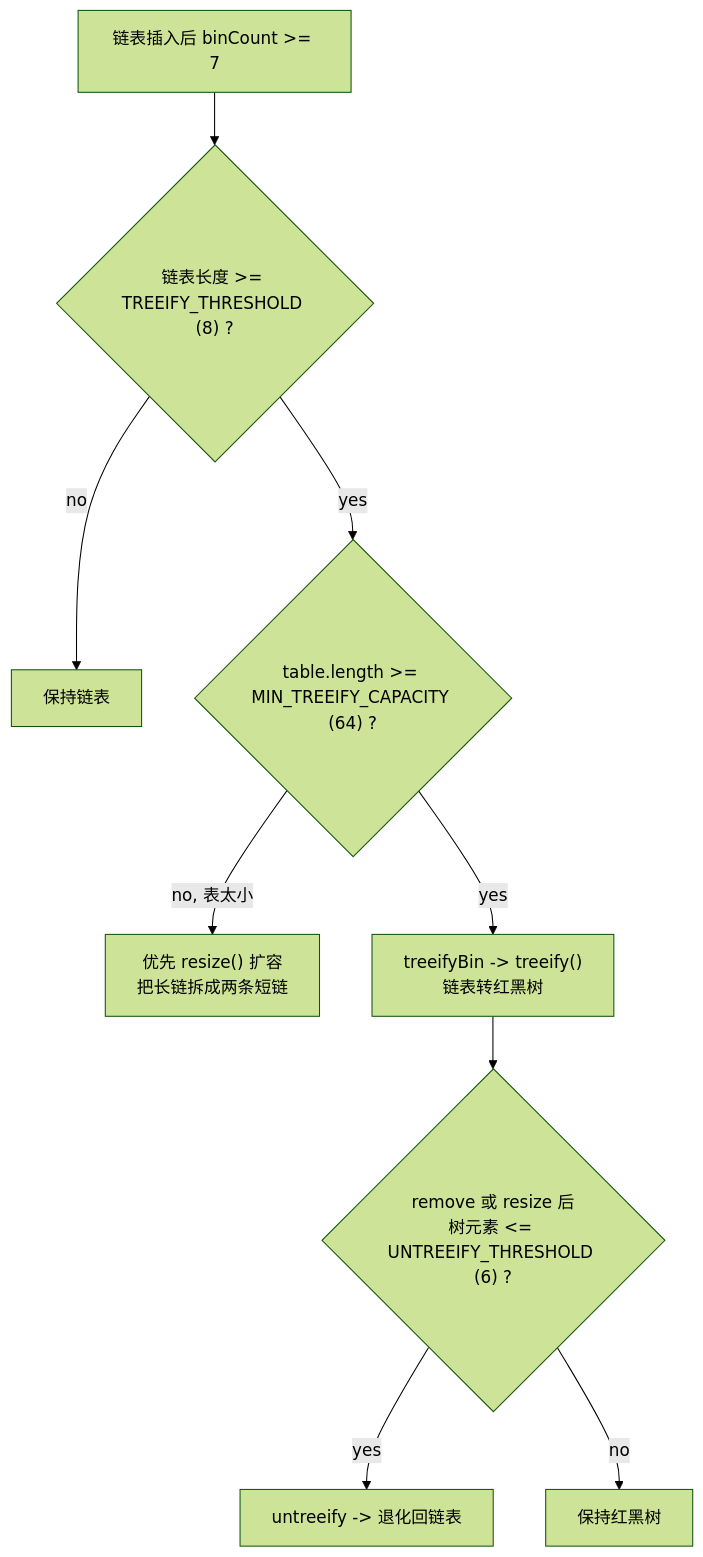
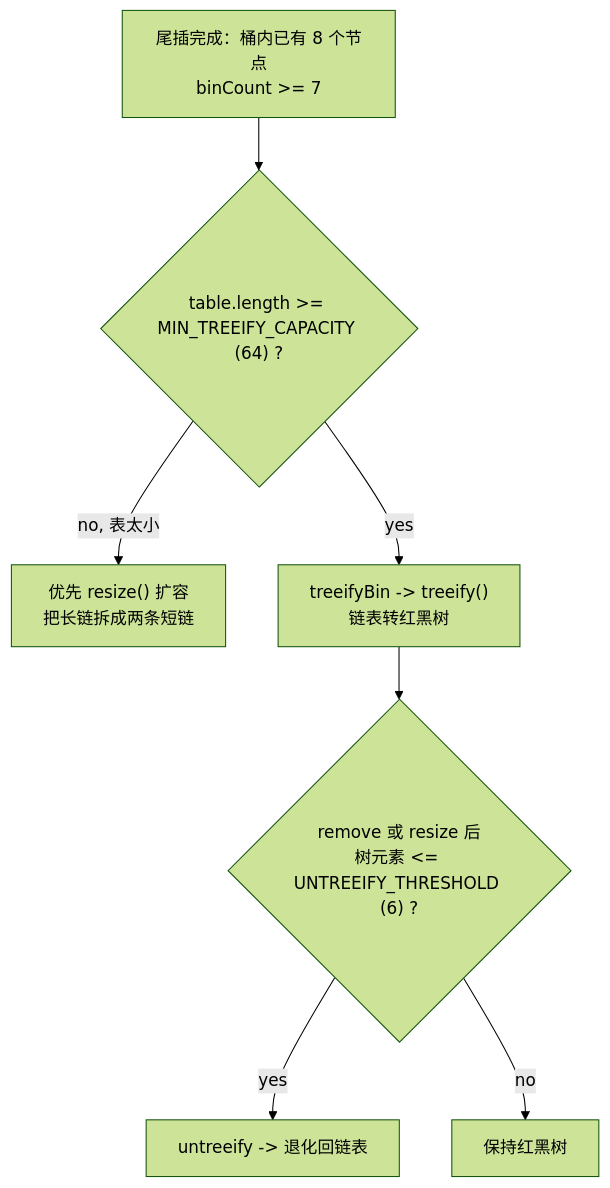
The fourth of 4 diagrams in notebook/java-core/java-core-hashmap.md (fanyajun186/java-interview-prep), drawn with Mermaid (forest theme) before and after one commit. The commit also changed other lines of this file and 32 other files, not shown here.

````diff
--- a/notebook/java-core/java-core-hashmap.md
+++ b/notebook/java-core/java-core-hashmap.md
@@ -358,11 +432,9 @@
 ```mermaid
 flowchart TD
-    A["链表插入后 binCount >= 7"] --> B{"链表长度 >= TREEIFY_THRESHOLD (8) ?"}
-    B -->|"no"| Z["保持链表"]
-    B -->|"yes"| C{"table.length >= MIN_TREEIFY_CAPACITY (64) ?"}
-    C -->|"no, 表太小"| D["优先 resize() 扩容<br/>把长链拆成两条短链"]
-    C -->|"yes"| E["treeifyBin -> treeify()<br/>链表转红黑树"]
+    A["尾插完成：桶内已有 8 个节点<br/>binCount >= 7"] --> B{"table.length >= MIN_TREEIFY_CAPACITY (64) ?"}
+    B -->|"no, 表太小"| D["优先 resize() 扩容<br/>把长链拆成两条短链"]
+    B -->|"yes"| E["treeifyBin -> treeify()<br/>链表转红黑树"]
     E --> F{"remove 或 resize 后<br/>树元素 <= UNTREEIFY_THRESHOLD (6) ?"}
     F -->|"yes"| G["untreeify -> 退化回链表"]
     F -->|"no"| H["保持红黑树"]
 ```
````
